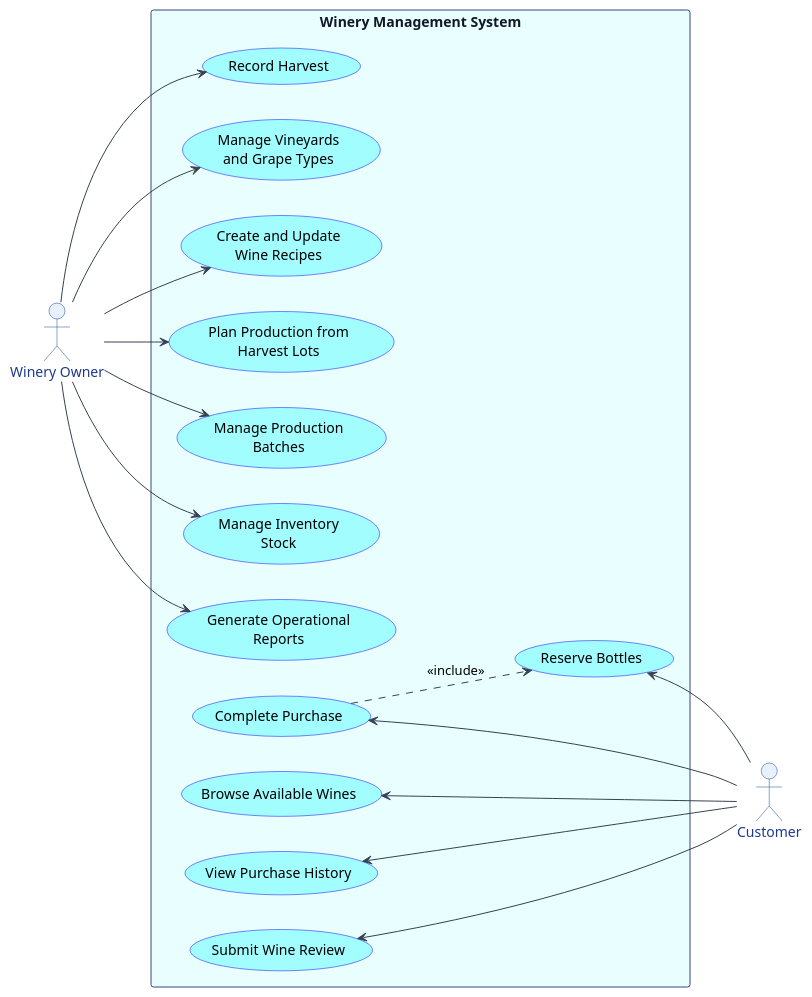
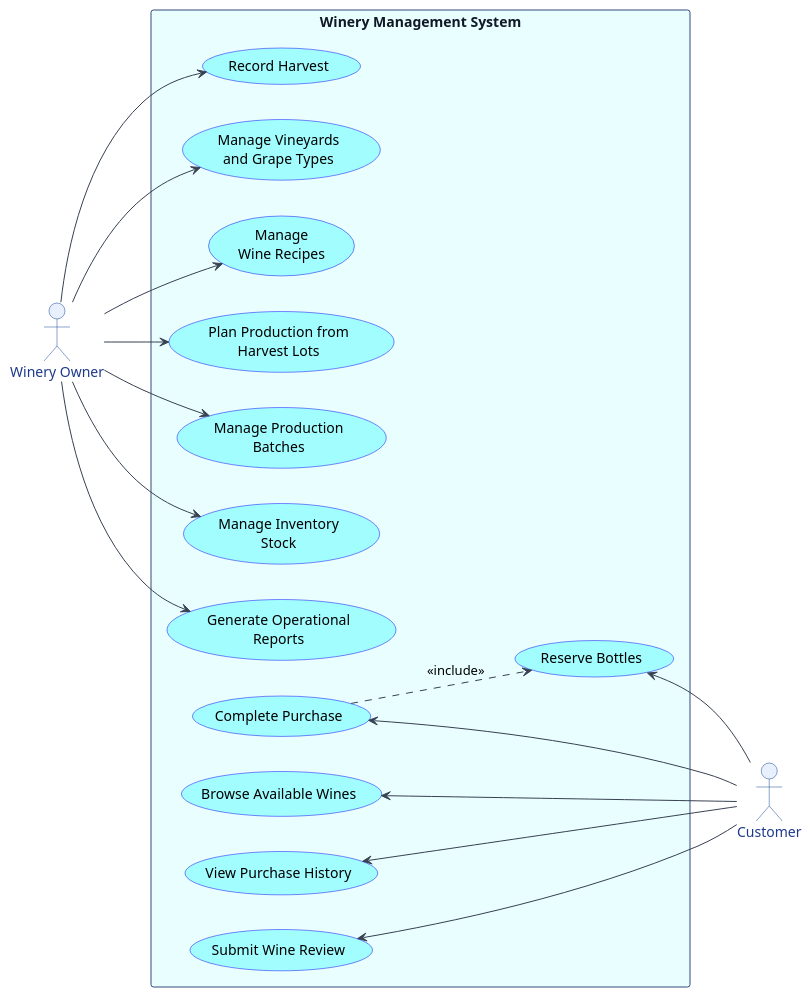
The diagram in useCase.puml (gajdic/winery-management-system), drawn with PlantUML before and after one commit. The commit also changed 2 other files, not shown here.

Commit message:
usecase naming

```diff
--- a/useCase.puml
+++ b/useCase.puml
@@ -1,62 +1,62 @@
 @startuml
 left to right direction
 skinparam packageStyle rectangle
 skinparam shadowing false
 skinparam backgroundColor #ffffff
 
 skinparam actor {
   BackgroundColor #E8F0FE
   BorderColor #144594
   FontColor #1E3A8A
 }
 
 skinparam usecase {
   BackgroundColor #a2fdff
   BorderColor #0f0bf5
   FontColor #000000
 }
 
 skinparam rectangle {
   BackgroundColor #e9fefe
   BorderColor #324a7b
   FontColor #111827
 }
 
 skinparam ArrowColor #374151
 
 actor "Winery Owner" as Owner
 actor "Customer" as Customer
 
 rectangle "Winery Management System" {
   usecase "Record Harvest" as UC1
   usecase "Manage Vineyards\nand Grape Types" as UC2
-  usecase "Create and Update\nWine Recipes" as UC3
+  usecase "Manage\nWine Recipes" as UC3
   usecase "Plan Production from\nHarvest Lots" as UC4
   usecase "Manage Production\nBatches" as UC5
   usecase "Manage Inventory\nStock" as UC6
   usecase "Generate Operational\nReports" as UC7
 
   usecase "Browse Available Wines" as UC8
   usecase "Reserve Bottles" as UC9
   usecase "Complete Purchase" as UC10
   usecase "View Purchase History" as UC11
   usecase "Submit Wine Review" as UC12
 }
 
 Owner --> UC1
 Owner --> UC2
 Owner --> UC3
 Owner --> UC4
 Owner --> UC5
 Owner --> UC6
 Owner --> UC7
 
 UC8 <-- Customer
 UC9 <-- Customer
 UC10 <-- Customer
 UC11 <-- Customer
 UC12 <-- Customer
 
 UC10 ..> UC9 : <<include>>
 
 @enduml
```
